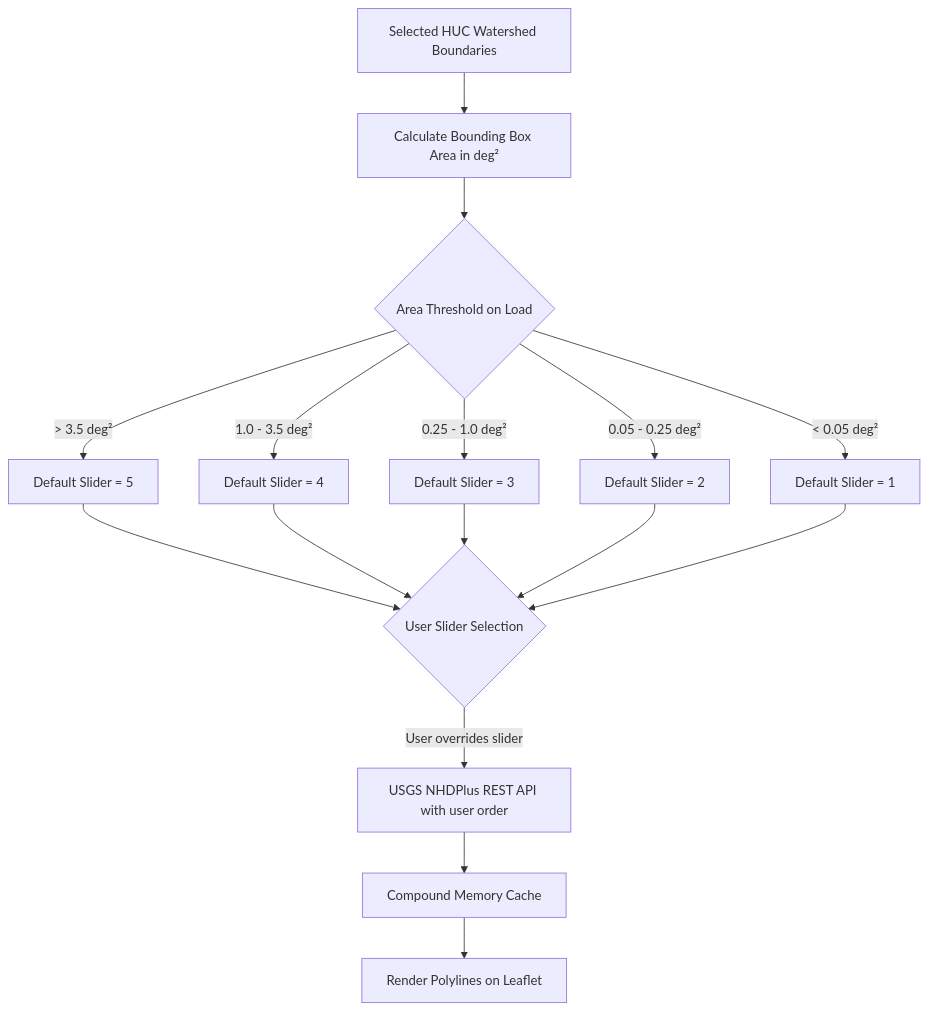
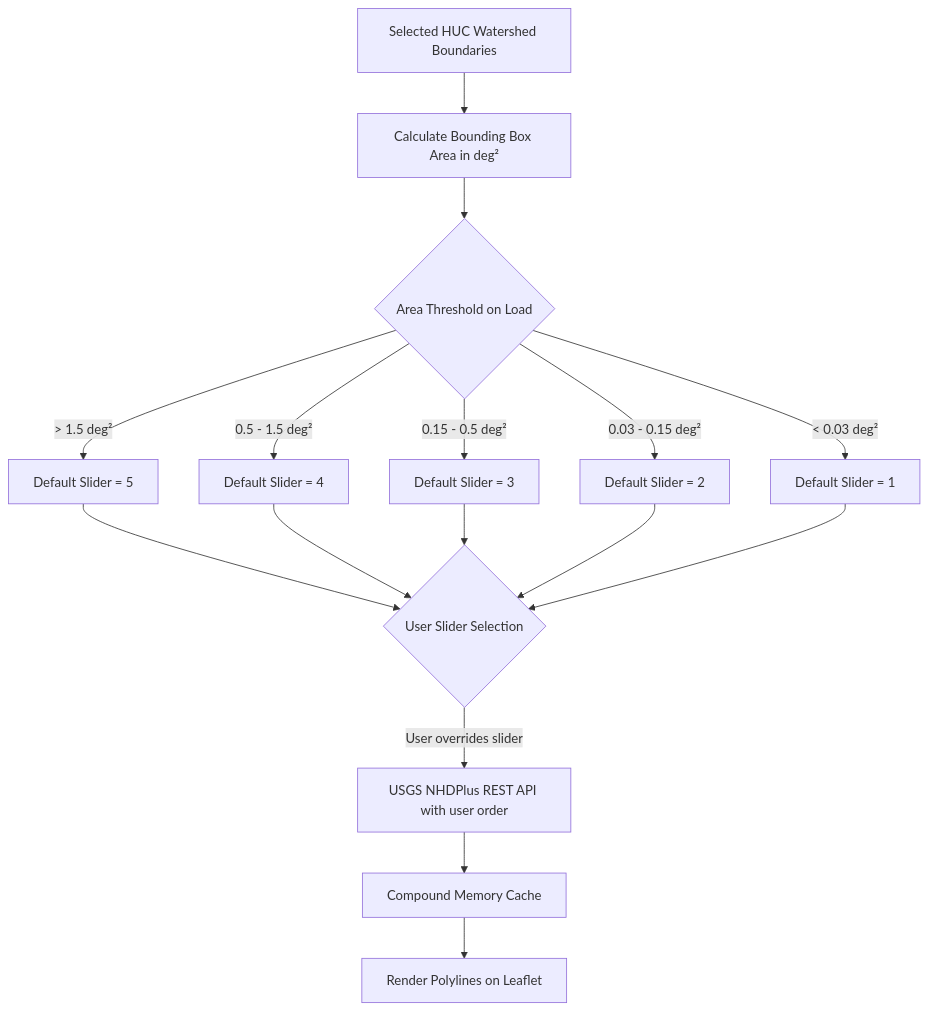
Before and after one commit to byandell/watershed: the first of 2 diagrams in vignettes/features/conus.md, drawn with Mermaid. The commit also changed other lines of this file and 9 other files, not shown here.

````diff
--- a/vignettes/features/conus.md
+++ b/vignettes/features/conus.md
@@ -100,21 +117,21 @@
 ```mermaid
 flowchart TD
     AOI[Selected HUC Watershed Boundaries] --> CalcArea[Calculate Bounding Box Area in deg²]
     CalcArea --> AutoThreshold{Area Threshold on Load}
     
-    AutoThreshold -->|> 3.5 deg²| Ord5[Default Slider = 5]
-    AutoThreshold -->|1.0 - 3.5 deg²| Ord4[Default Slider = 4]
-    AutoThreshold -->|0.25 - 1.0 deg²| Ord3[Default Slider = 3]
-    AutoThreshold -->|0.05 - 0.25 deg²| Ord2[Default Slider = 2]
-    AutoThreshold -->|< 0.05 deg²| Ord1[Default Slider = 1]
+    AutoThreshold -->|> 1.5 deg²| Ord5[Default Slider = 5]
+    AutoThreshold -->|0.5 - 1.5 deg²| Ord4[Default Slider = 4]
+    AutoThreshold -->|0.15 - 0.5 deg²| Ord3[Default Slider = 3]
+    AutoThreshold -->|0.03 - 0.15 deg²| Ord2[Default Slider = 2]
+    AutoThreshold -->|< 0.03 deg²| Ord1[Default Slider = 1]
     
     Ord5 --> UserChoice{User Slider Selection}
     Ord4 --> UserChoice
     Ord3 --> UserChoice
     Ord2 --> UserChoice
     Ord1 --> UserChoice
     
     UserChoice -->|User overrides slider| SendQuery[USGS NHDPlus REST API with user order]
     SendQuery --> Cache[Compound Memory Cache]
     Cache --> LeafletMap[Render Polylines on Leaflet]
 ```
````
